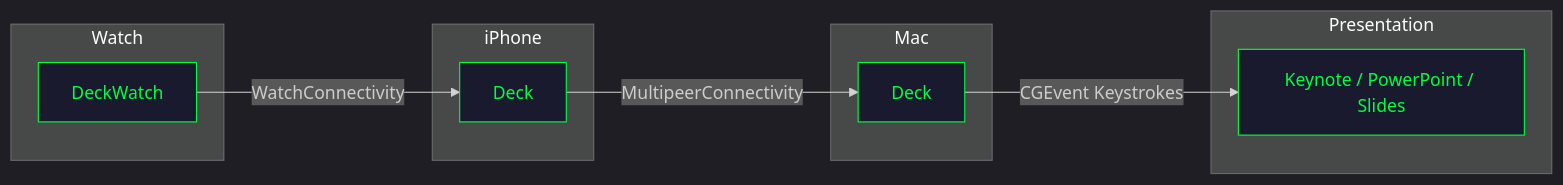
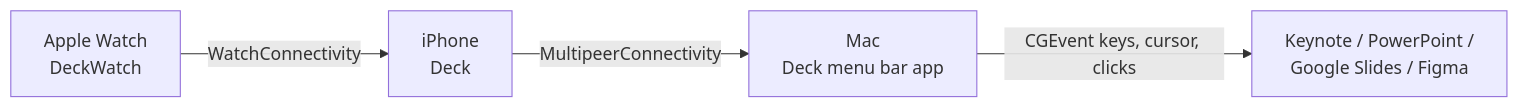
One commit to douinc/deck changed the diagram in wiki/Home.md. Above: the diagram before and after it, drawn with Mermaid. The commit also changed other lines of this file and 18 other files, not shown here.

````diff
--- a/wiki/Home.md
+++ b/wiki/Home.md
@@ -24,22 +28,6 @@
 ```mermaid
-%%{init: {'theme': 'dark'}}%%
 graph LR
-    subgraph Watch
-        W[DeckWatch]
-    end
-    subgraph iPhone
-        A[Deck]
-    end
-    subgraph Mac
-        B[Deck]
-    end
-    subgraph Presentation
-        C[Keynote / PowerPoint / Slides]
-    end
-
-    W -->|WatchConnectivity| A
-    A -->|MultipeerConnectivity| B
-    B -->|CGEvent Keystrokes| C
-
-    classDef default fill:#1a1a2e,stroke:#00ff41,color:#00ff41
+    W[Apple Watch<br/>DeckWatch] -->|WatchConnectivity| P[iPhone<br/>Deck]
+    P -->|MultipeerConnectivity| M[Mac<br/>Deck menu bar app]
+    M -->|CGEvent keys, cursor, clicks| S[Keynote / PowerPoint /<br/>Google Slides / Figma]
 ```
````
